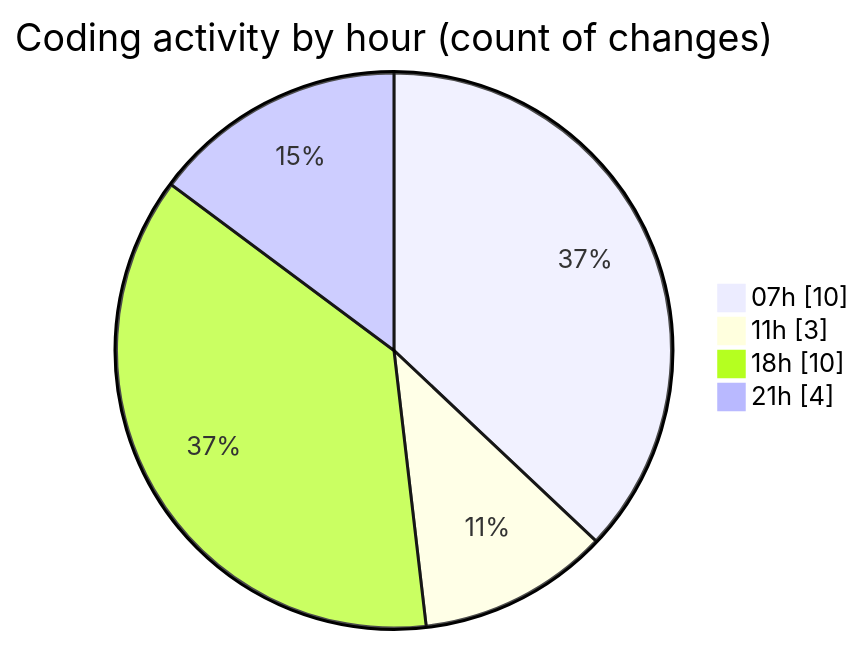
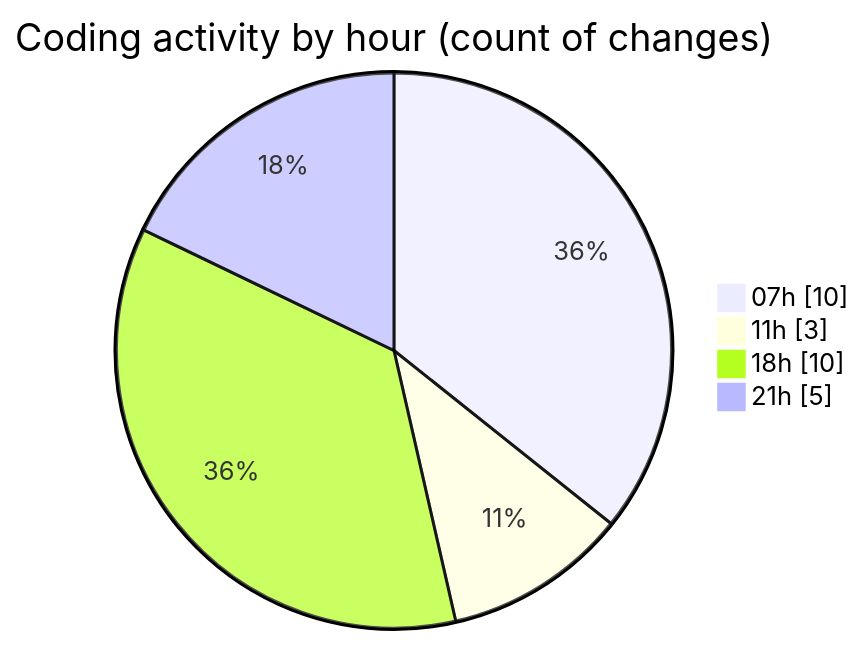
Before and after one commit to FelipKnott/code-tracking: the second of 2 diagrams in 2025-07-12/cursor/README.md, drawn with Mermaid. The commit also changed other lines of this file and 1 other file, not shown here.

````diff
--- a/2025-07-12/cursor/README.md
+++ b/2025-07-12/cursor/README.md
@@ -37,8 +37,8 @@
 ```mermaid
 pie showData
 title Coding activity by hour (count of changes)
 "07h" : 10
 "11h" : 3
 "18h" : 10
-"21h" : 4
+"21h" : 5
 ```
````
